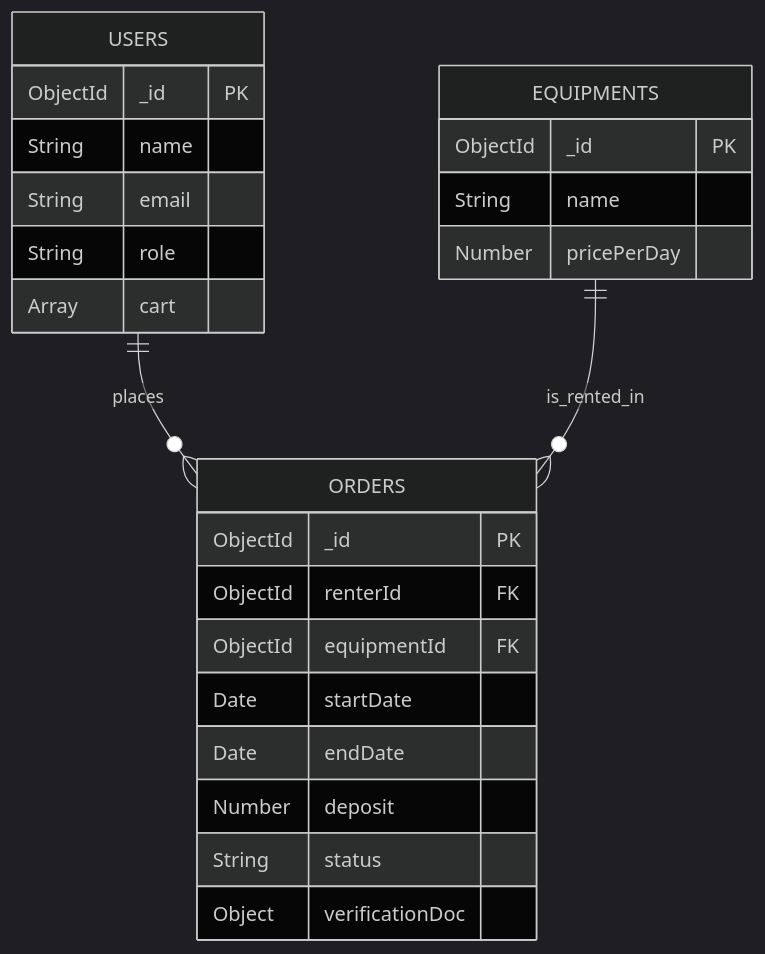
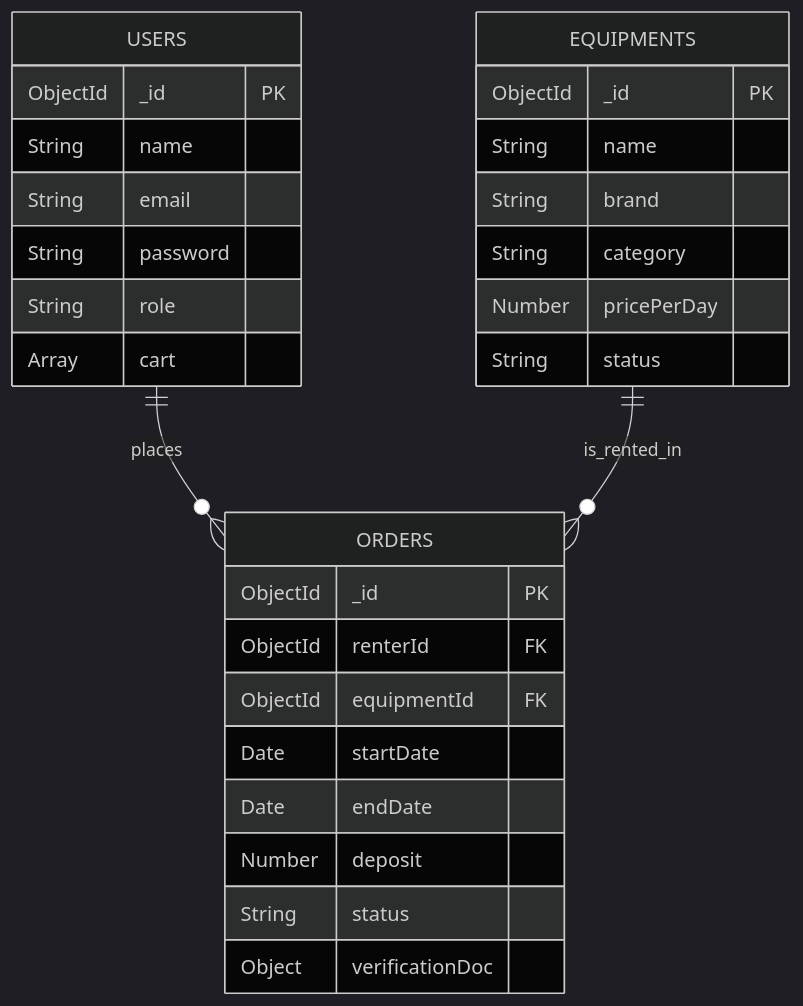
Before and after one commit to DoctorDear/JSD13-week02: the second of 2 diagrams in 03_my-ecommerce-project/Camera-Rental-System-Context.md, drawn with Mermaid (dark theme). The commit also changed other lines of this file and 7 other files, not shown here.

Commit message:
feat: initialize camera rental system project with diagrams, documentation, and database schemas

````diff
--- a/03_my-ecommerce-project/Camera-Rental-System-Context.md
+++ b/03_my-ecommerce-project/Camera-Rental-System-Context.md
@@ -152,28 +109,32 @@
 ```mermaid
 erDiagram
     USERS ||--o{ ORDERS : "places"
     EQUIPMENTS ||--o{ ORDERS : "is_rented_in"
 
     USERS {
         ObjectId _id PK
         String name
         String email
+        String password
         String role
         Array cart
     }
     EQUIPMENTS {
         ObjectId _id PK
         String name
+        String brand
+        String category
         Number pricePerDay
+        String status
     }
     ORDERS {
         ObjectId _id PK
         ObjectId renterId FK
         ObjectId equipmentId FK
         Date startDate
         Date endDate
         Number deposit
         String status
         Object verificationDoc
     }
 ```
````
